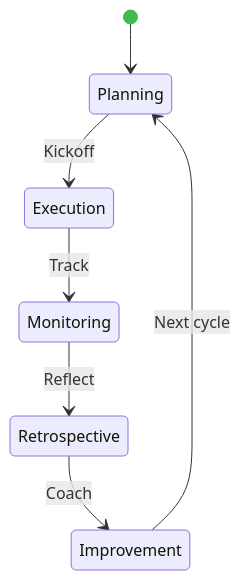
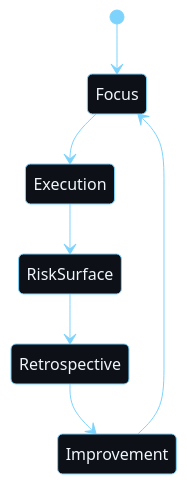
The third of 3 diagrams in README.md (deveninception/deveninception), drawn with Mermaid before and after one commit. The commit also changed other lines of this file, not shown here.

````diff
--- a/README.md
+++ b/README.md
@@ -69,10 +61,10 @@
 ```mermaid
-%%{init: {'theme': 'default', 'themeVariables': { 'primaryColor': '#238636', 'primaryTextColor': '#ffffff', 'primaryBorderColor': '#0d47a1', 'lineColor': '#3fb950', 'tertiaryTextColor': '#ffffff'}, 'stateDiagram': {'useMaxWidth': true}}}%%
+%%{init: {'theme': 'base', 'themeVariables': { 'fontFamily': 'Segoe UI, Arial, sans-serif', 'primaryColor': '#0d1117', 'primaryTextColor': '#f0f6fc', 'primaryBorderColor': '#7dd3fc', 'lineColor': '#7dd3fc', 'background': '#0d1117'}}}%%
 stateDiagram-v2
-    [*] --> Planning
-    Planning --> Execution: Kickoff
-    Execution --> Monitoring: Track
-    Monitoring --> Retrospective: Reflect
-    Retrospective --> Improvement: Coach
-    Improvement --> Planning: Next cycle
+    [*] --> Focus
+    Focus --> Execution
+    Execution --> RiskSurface
+    RiskSurface --> Retrospective
+    Retrospective --> Improvement
+    Improvement --> Focus
 ```
````
